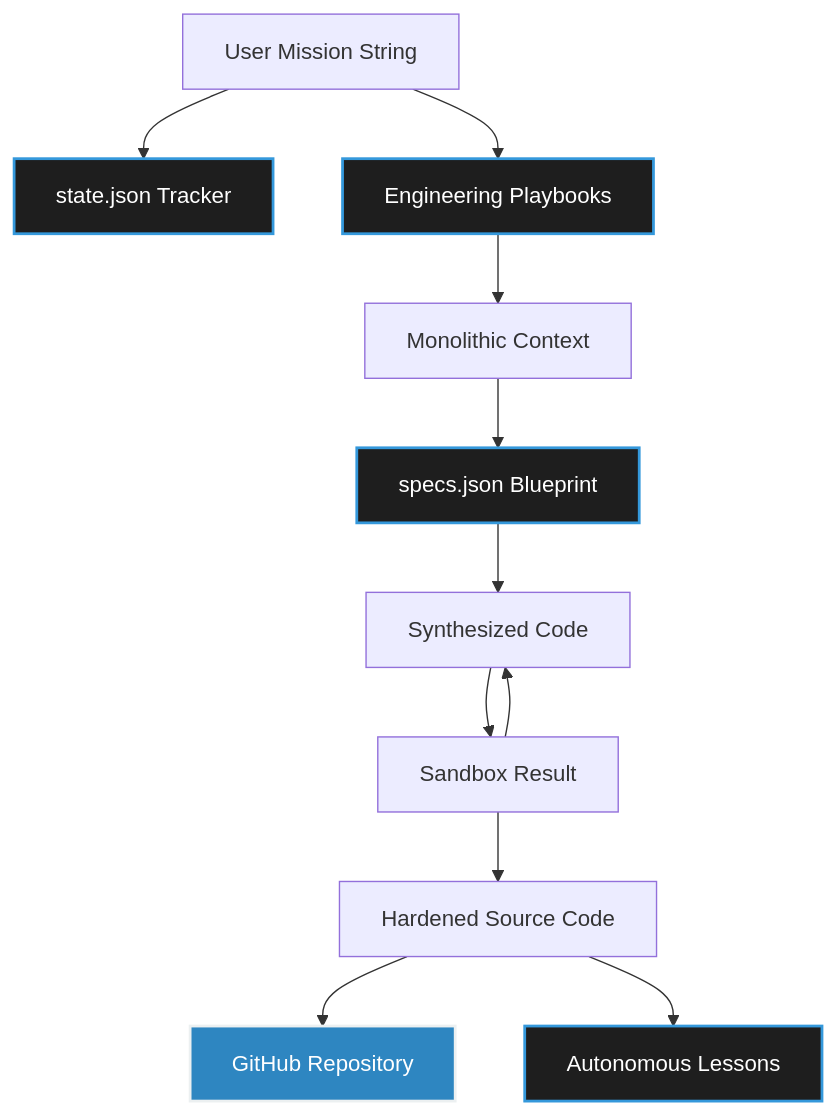
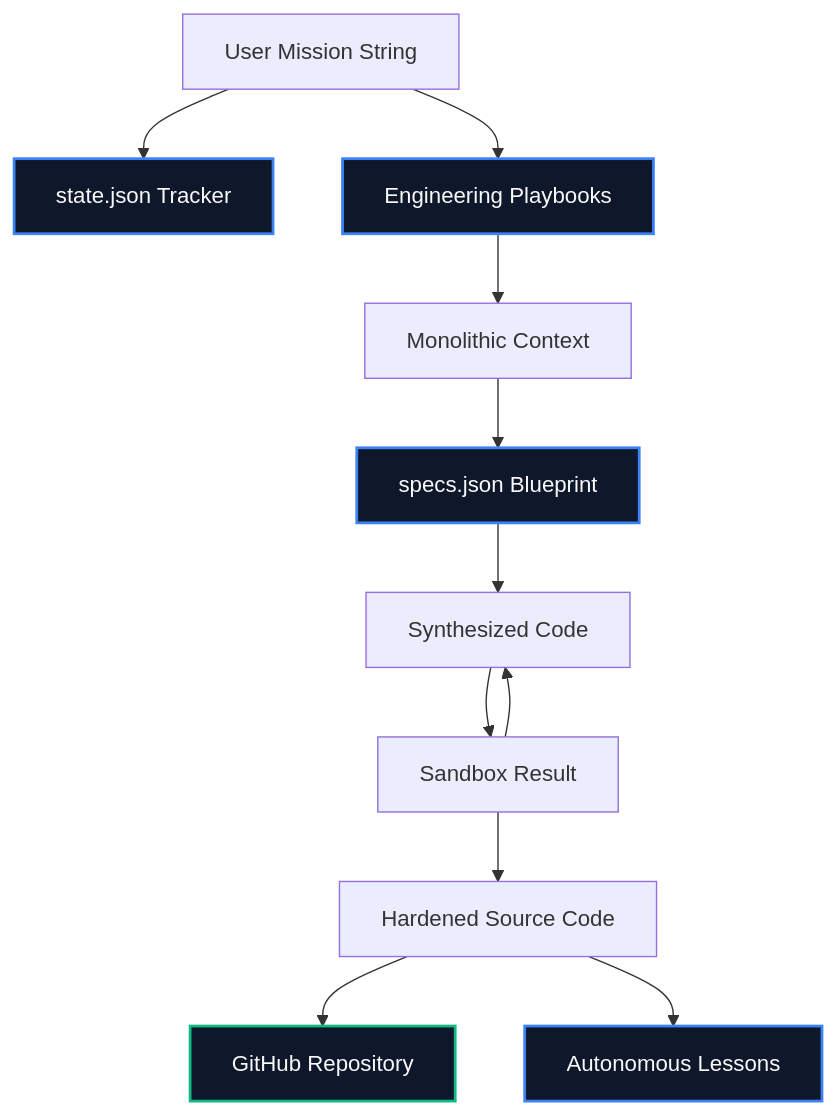
The second of 4 diagrams in technical_documents/architecture_map.md (shalin-rahman/Synapticity), drawn with Mermaid before and after one commit. The commit also changed 12 other files, not shown here.

````diff
--- a/technical_documents/architecture_map.md
+++ b/technical_documents/architecture_map.md
@@ -126,31 +126,31 @@
 ```mermaid
 flowchart TD
     Input["User Mission String"]
     StateNode["state.json Tracker"]
     PlaybookNode["Engineering Playbooks"]
     PromptNode["Monolithic Context"]
     SpecsNode["specs.json Blueprint"]
     CodeNode["Synthesized Code"]
     ResultNode["Sandbox Result"]
     VerifiedNode["Hardened Source Code"]
     DeployNode["GitHub Repository"]
     ReflectionNode["Autonomous Lessons"]
 
     Input --> StateNode
     Input --> PlaybookNode
     PlaybookNode --> PromptNode
     PromptNode --> SpecsNode
     SpecsNode --> CodeNode
 
     CodeNode --> ResultNode
     ResultNode --> CodeNode
     ResultNode --> VerifiedNode
     VerifiedNode --> DeployNode
     VerifiedNode --> ReflectionNode
 
-    style StateNode fill:#1E1E1E,stroke:#3498db,stroke-width:2px,color:#fff
-    style PlaybookNode fill:#1E1E1E,stroke:#3498db,stroke-width:2px,color:#fff
-    style SpecsNode fill:#1E1E1E,stroke:#3498db,stroke-width:2px,color:#fff
-    style ReflectionNode fill:#1E1E1E,stroke:#3498db,stroke-width:2px,color:#fff
-    style DeployNode fill:#2E86C1,stroke:#ECF0F1,stroke-width:2px,color:#fff
+    style StateNode fill:#0f172a,stroke:#3b82f6,stroke-width:2px,color:#f8fafc
+    style PlaybookNode fill:#0f172a,stroke:#3b82f6,stroke-width:2px,color:#f8fafc
+    style SpecsNode fill:#0f172a,stroke:#3b82f6,stroke-width:2px,color:#f8fafc
+    style ReflectionNode fill:#0f172a,stroke:#3b82f6,stroke-width:2px,color:#f8fafc
+    style DeployNode fill:#0f172a,stroke:#10b981,stroke-width:2px,color:#f8fafc
 ```
````
